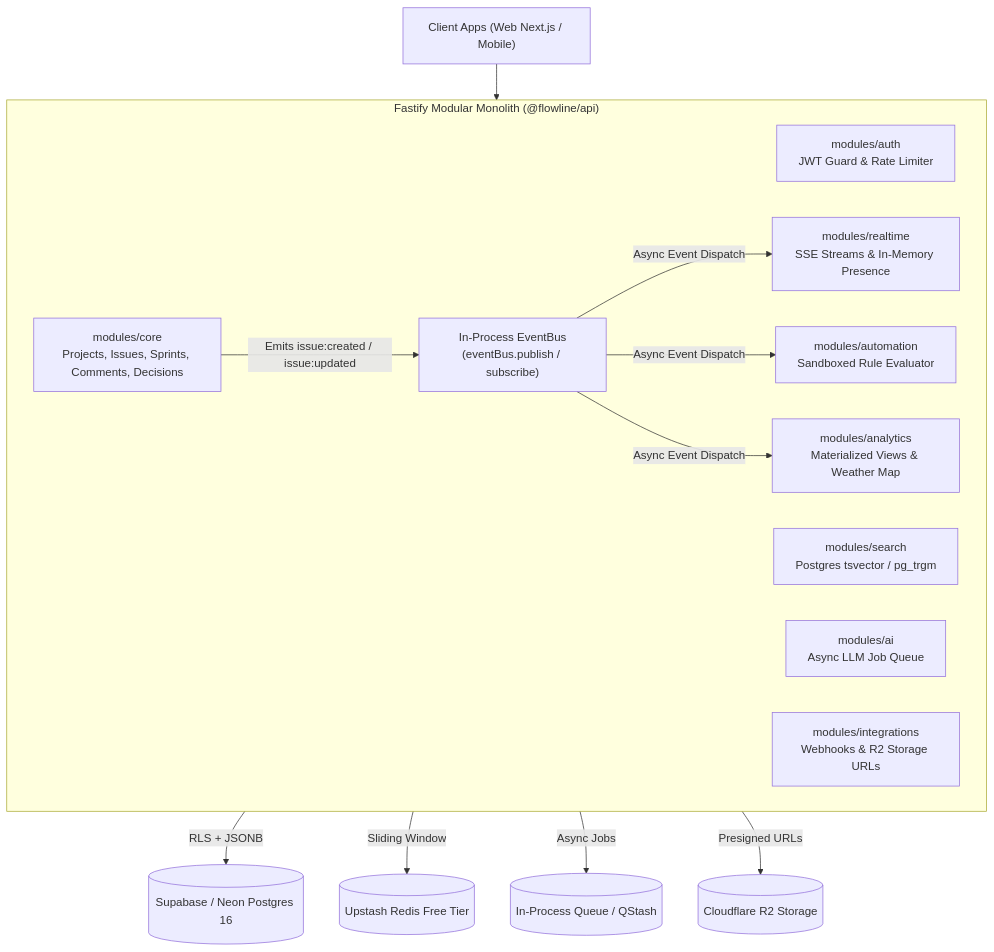
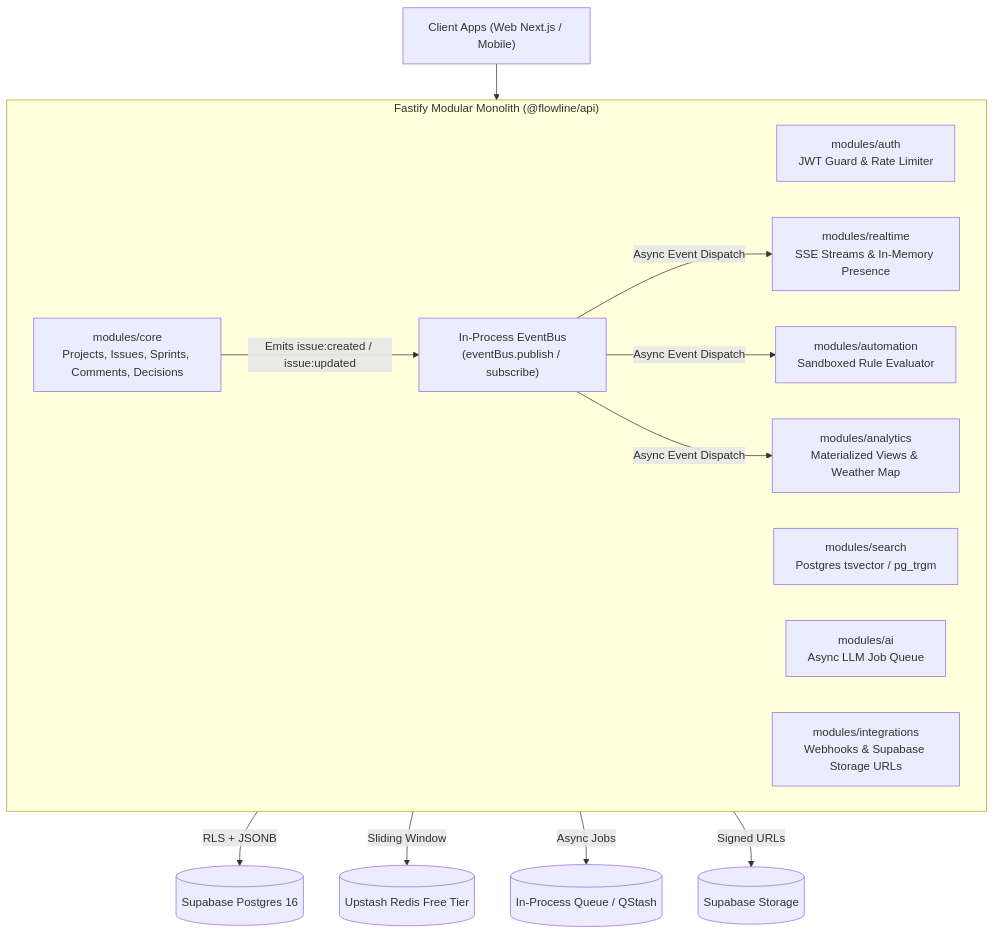
The diagram in docs/architecture/backend-architecture.md (anirban-629/uniqueprojmang), drawn with Mermaid before and after one commit. The commit also changed other lines of this file and 14 other files, not shown here.

Commit message:
[FEAT](api): configure supabase storage and multi-service health check

````diff
--- a/docs/architecture/backend-architecture.md
+++ b/docs/architecture/backend-architecture.md
@@ -49,27 +49,27 @@
 ```mermaid
 flowchart TD
     Client["Client Apps (Web Next.js / Mobile)"] --> API["Fastify Modular Monolith (Port 4000)"]
     
     subgraph API["Fastify Modular Monolith (@flowline/api)"]
         Auth["modules/auth<br/>JWT Guard & Rate Limiter"]
         Core["modules/core<br/>Projects, Issues, Sprints, Comments, Decisions"]
         Search["modules/search<br/>Postgres tsvector / pg_trgm"]
         Realtime["modules/realtime<br/>SSE Streams & In-Memory Presence"]
         Auto["modules/automation<br/>Sandboxed Rule Evaluator"]
         AI["modules/ai<br/>Async LLM Job Queue"]
-        Integrations["modules/integrations<br/>Webhooks & R2 Storage URLs"]
+        Integrations["modules/integrations<br/>Webhooks & Supabase Storage URLs"]
         Analytics["modules/analytics<br/>Materialized Views & Weather Map"]
         
         EventBus["In-Process EventBus<br/>(eventBus.publish / subscribe)"]
     end
 
     Core -->|Emits issue:created / issue:updated| EventBus
     EventBus -->|Async Event Dispatch| Realtime
     EventBus -->|Async Event Dispatch| Auto
     EventBus -->|Async Event Dispatch| Analytics
 
-    API -->|RLS + JSONB| DB[(Supabase / Neon Postgres 16)]
+    API -->|RLS + JSONB| DB[(Supabase Postgres 16)]
     API -->|Sliding Window| Cache[(Upstash Redis Free Tier)]
     API -->|Async Jobs| Queue[(In-Process Queue / QStash)]
-    API -->|Presigned URLs| Storage[(Cloudflare R2 Storage)]
+    API -->|Signed URLs| Storage[(Supabase Storage)]
 ```
````
